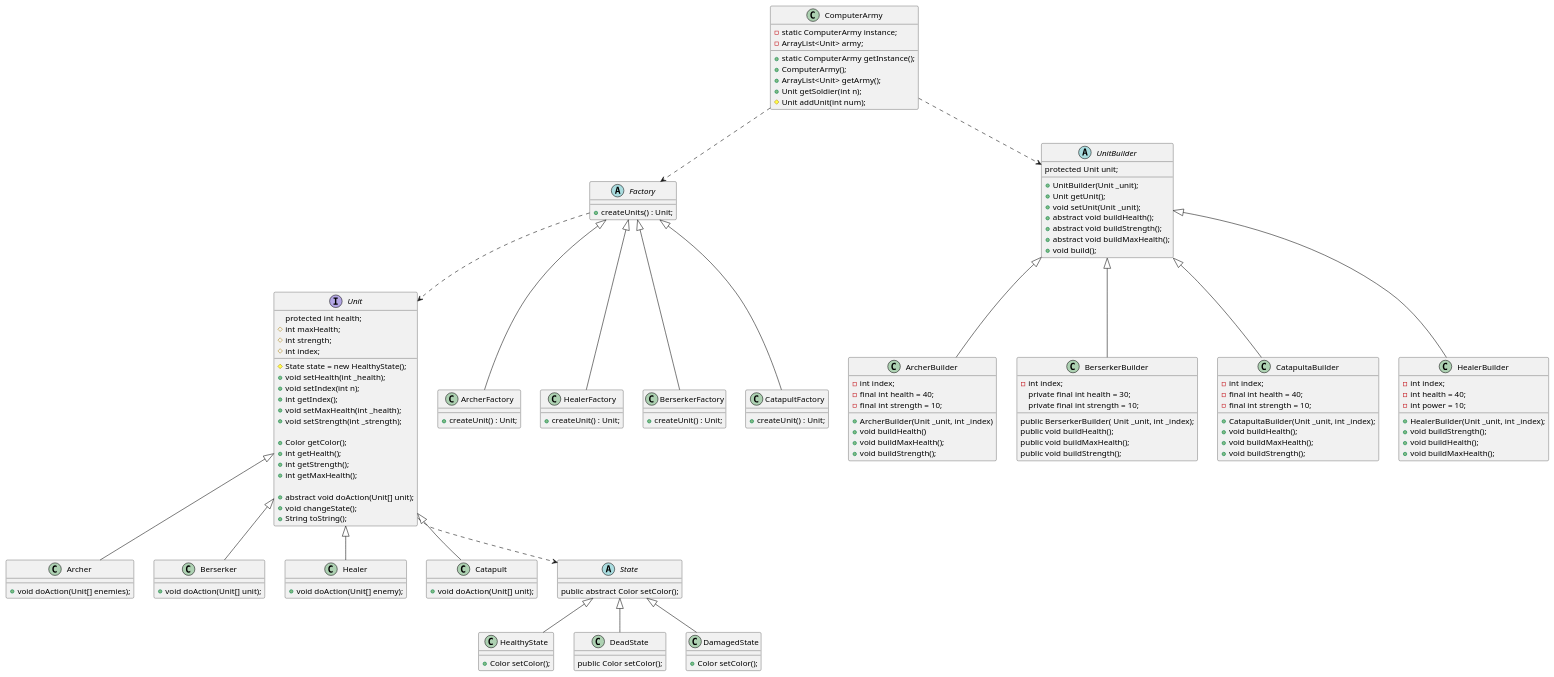
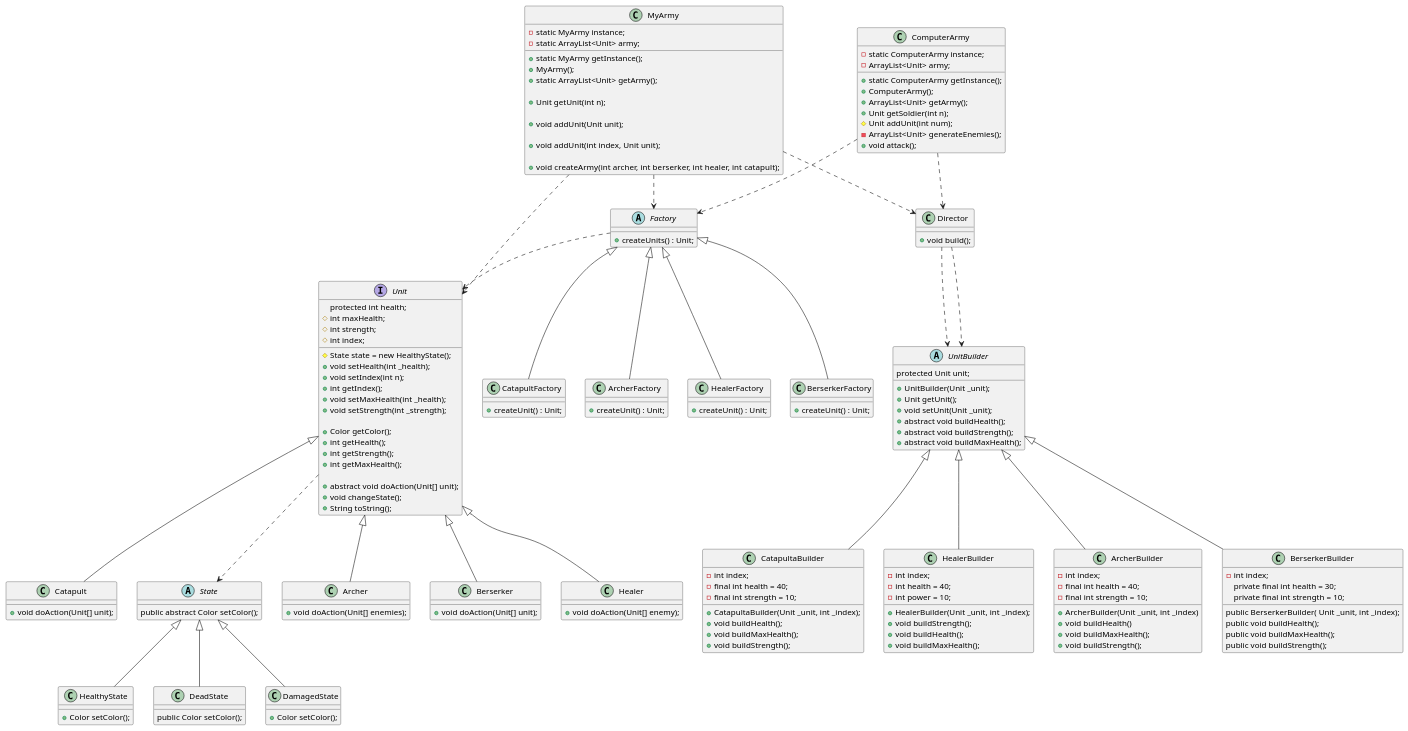
Before and after one commit to urban-cosmonaut-tales/pattern_game: the diagram in src/classesuml.puml, drawn with PlantUML. The commit also changed 5 other files, not shown here.

```diff
--- a/src/classesuml.puml
+++ b/src/classesuml.puml
@@ -1,130 +1,160 @@
 @startuml
 interface Unit{
   protected int health;
      # int maxHealth;
      # int strength;
      # State state = new HealthyState();
      # int index;
 
      + void setHealth(int _health);
      + void setIndex(int n);
      + int getIndex();
      + void setMaxHealth(int _health);
      + void setStrength(int _strength);
 
      + Color getColor();
      + int getHealth();
      + int getStrength();
      + int getMaxHealth();
 
      + abstract void doAction(Unit[] unit);
      + void changeState();
      + String toString();
 }
 class Archer extends Unit{
     + void doAction(Unit[] enemies);
 }
 class Berserker extends Unit{
     + void doAction(Unit[] unit);
 }
 
 class Healer extends Unit{
     + void doAction(Unit[] enemy);
 }
 
 class Catapult extends Unit{
     + void doAction(Unit[] unit);
 }
 
 
 Abstract class Factory{
 +createUnits() : Unit;
 }
 class ArcherFactory extends Factory{
 + createUnit() : Unit;
 }
 class HealerFactory extends Factory{
 + createUnit() : Unit;
 }
 class BerserkerFactory extends Factory{
 + createUnit() : Unit;
 }
 class CatapultFactory extends Factory{
 + createUnit() : Unit;
 }
 
 
 abstract class UnitBuilder{
 protected Unit unit;
     + UnitBuilder(Unit _unit);
     + Unit getUnit();
     + void setUnit(Unit _unit);
     + abstract void buildHealth();
     + abstract void buildStrength();
     + abstract void buildMaxHealth();
-    + void build();
+
+}
+class Director{
++ void build();
 }
 class ArcherBuilder extends UnitBuilder {
     - int index;
     - final int health = 40;
     - final int strength = 10;
     + ArcherBuilder(Unit _unit, int _index)
     + void buildHealth()
     + void buildMaxHealth();
     + void buildStrength();
 }
 class BerserkerBuilder extends UnitBuilder{
     - int index;
     private final int health = 30;
     private final int strength = 10;
     public BerserkerBuilder( Unit _unit, int _index);
     public void buildHealth();
     public void buildMaxHealth();
     public void buildStrength();
 }
 class CatapultaBuilder extends UnitBuilder{
     - int index;
     - final int health = 40;
     - final int strength = 10;
     + CatapultaBuilder(Unit _unit, int _index);
     + void buildHealth();
     + void buildMaxHealth();
     + void buildStrength();
 }
 class HealerBuilder extends UnitBuilder {
      - int index;
      - int health = 40;
      - int power = 10;
      + HealerBuilder(Unit _unit, int _index);
      + void buildStrength();
      + void buildHealth();
      + void buildMaxHealth();
 }
 
 abstract class State {
     public abstract Color setColor();
 }
 class HealthyState extends State {
     + Color setColor();
 }
 class DeadState extends State {
     public Color setColor();
 }
 class DamagedState extends State {
     + Color setColor();
 }
 class ComputerArmy {
     - static ComputerArmy instance;
     + static ComputerArmy getInstance();
     - ArrayList<Unit> army;
     + ComputerArmy();
     + ArrayList<Unit> getArmy();
     + Unit getSoldier(int n);
     # Unit addUnit(int num);
+    - ArrayList<Unit> generateEnemies();
+    + void attack();
+
 }
-ComputerArmy ..> UnitBuilder
+Director ..> UnitBuilder
+ComputerArmy..> Director
 ComputerArmy ..> Factory
 Factory ..> Unit
 
 Unit ..> State
+
+
+class MyArmy {
+    - static MyArmy instance;
+    - static ArrayList<Unit> army;
+
+    + static MyArmy getInstance();
+    + MyArmy();
+    + static ArrayList<Unit> getArmy();
+
+    + Unit getUnit(int n);
+
+    + void addUnit(Unit unit);
+
+    + void addUnit(int index, Unit unit);
+
+    + void createArmy(int archer, int berserker, int healer, int catapult);
+}
+MyArmy ..> Unit
+Director ..> UnitBuilder
+MyArmy ..> Factory
+MyArmy..> Director
+
 @enduml
```
